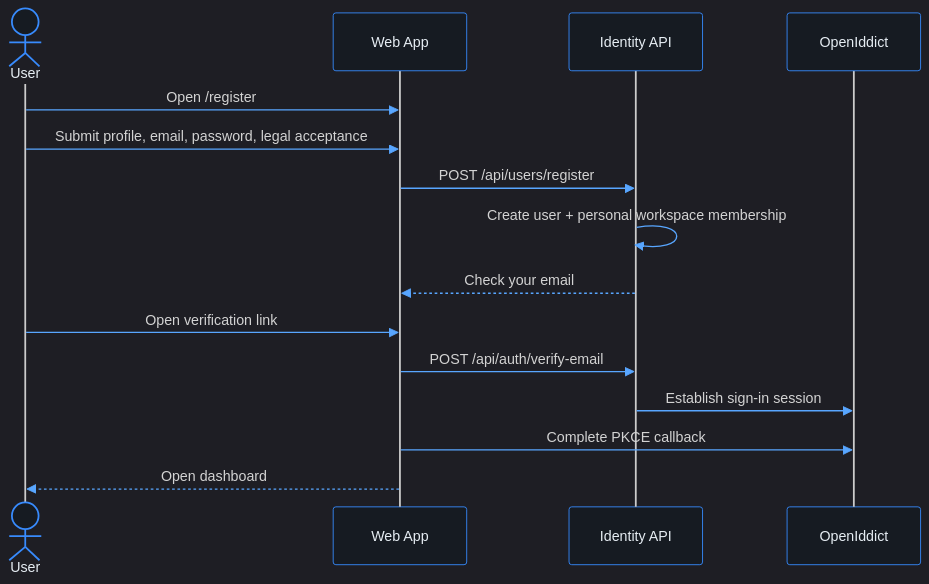
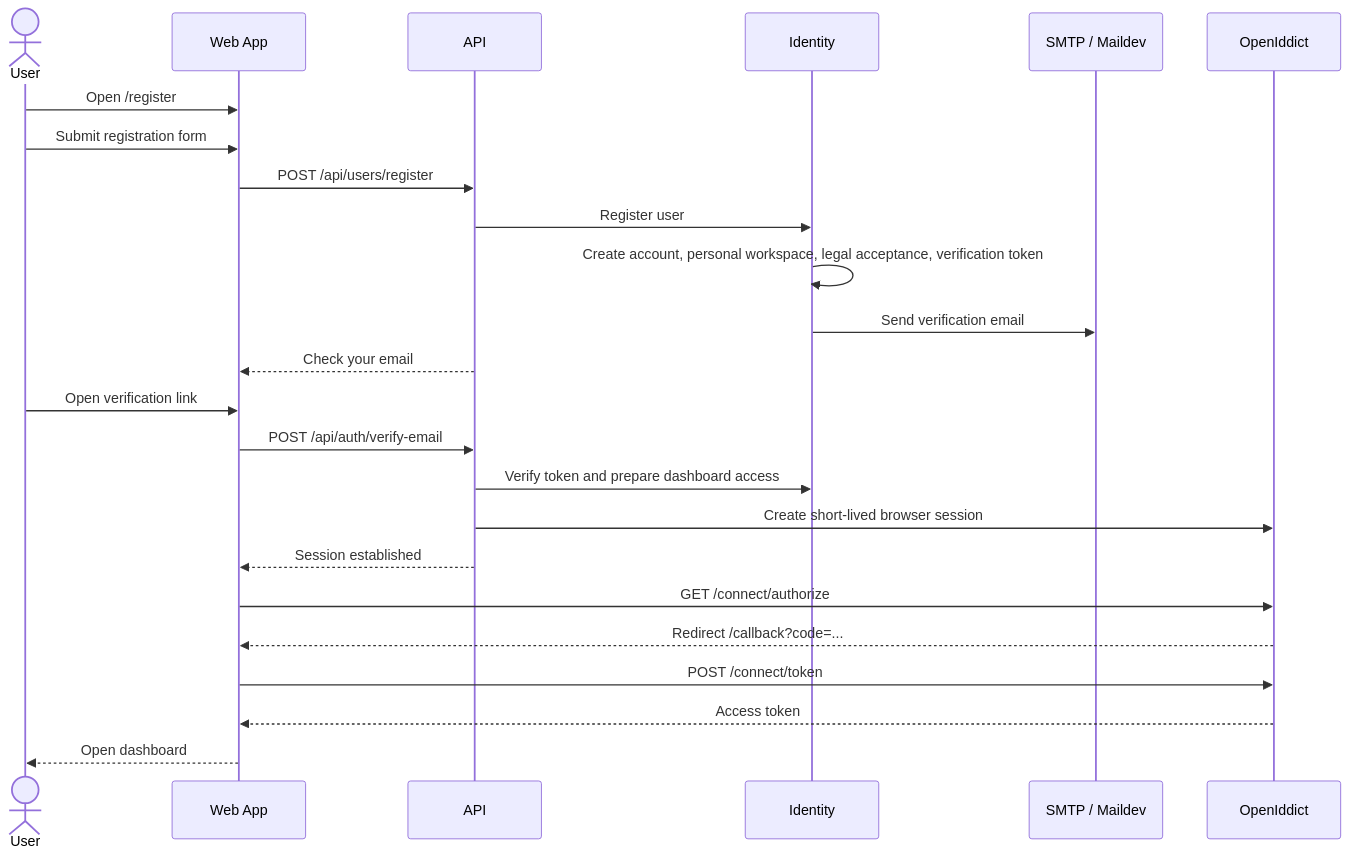
The diagram in docs/use-cases/identity-access/register-user/README.md (phuongnse/axis), drawn with Mermaid before and after one commit. The commit also changed other lines of this file and 107 other files, not shown here.

Commit message:
chore(axis): simplify docs and identity registration flow

````diff
--- a/docs/use-cases/identity-access/register-user/README.md
+++ b/docs/use-cases/identity-access/register-user/README.md
@@ -81,19 +88,27 @@
 ```mermaid
-%%{init: {'theme':'dark','themeVariables':{'background':'#0d1117','mainBkg':'#0d1117','primaryColor':'#161b22','primaryBorderColor':'#388bfd','primaryTextColor':'#e6edf3','secondaryColor':'#21262d','secondaryBorderColor':'#388bfd','secondaryTextColor':'#e6edf3','tertiaryColor':'#161b22','tertiaryTextColor':'#e6edf3','lineColor':'#58a6ff','textColor':'#e6edf3','nodeBorder':'#388bfd','clusterBkg':'#161b22','clusterBorder':'#388bfd','titleColor':'#e6edf3','edgeLabelBackground':'#161b22','actorBkg':'#161b22','actorBorder':'#388bfd','actorTextColor':'#e6edf3','signalColor':'#58a6ff','labelBoxBkgColor':'#161b22','labelBoxBorderColor':'#388bfd','noteBkgColor':'#161b22','noteBorderColor':'#388bfd','noteTextColor':'#c9d1d9','activationBkgColor':'#30363d'}}}%%
 sequenceDiagram
   actor User
   participant Web as Web App
-  participant API as Identity API
+  participant API as API
+  participant Identity as Identity
+  participant Mail as SMTP / Maildev
   participant OIDC as OpenIddict
 
   User->>Web: Open /register
-  User->>Web: Submit profile, email, password, legal acceptance
+  User->>Web: Submit registration form
   Web->>API: POST /api/users/register
-  API->>API: Create user + personal workspace membership
+  API->>Identity: Register user
+  Identity->>Identity: Create account, personal workspace, legal acceptance, verification token
+  Identity->>Mail: Send verification email
   API-->>Web: Check your email
   User->>Web: Open verification link
   Web->>API: POST /api/auth/verify-email
-  API->>OIDC: Establish sign-in session
-  Web->>OIDC: Complete PKCE callback
+  API->>Identity: Verify token and prepare dashboard access
+  API->>OIDC: Create short-lived browser session
+  API-->>Web: Session established
+  Web->>OIDC: GET /connect/authorize
+  OIDC-->>Web: Redirect /callback?code=...
+  Web->>OIDC: POST /connect/token
+  OIDC-->>Web: Access token
   Web-->>User: Open dashboard
 ```
````
